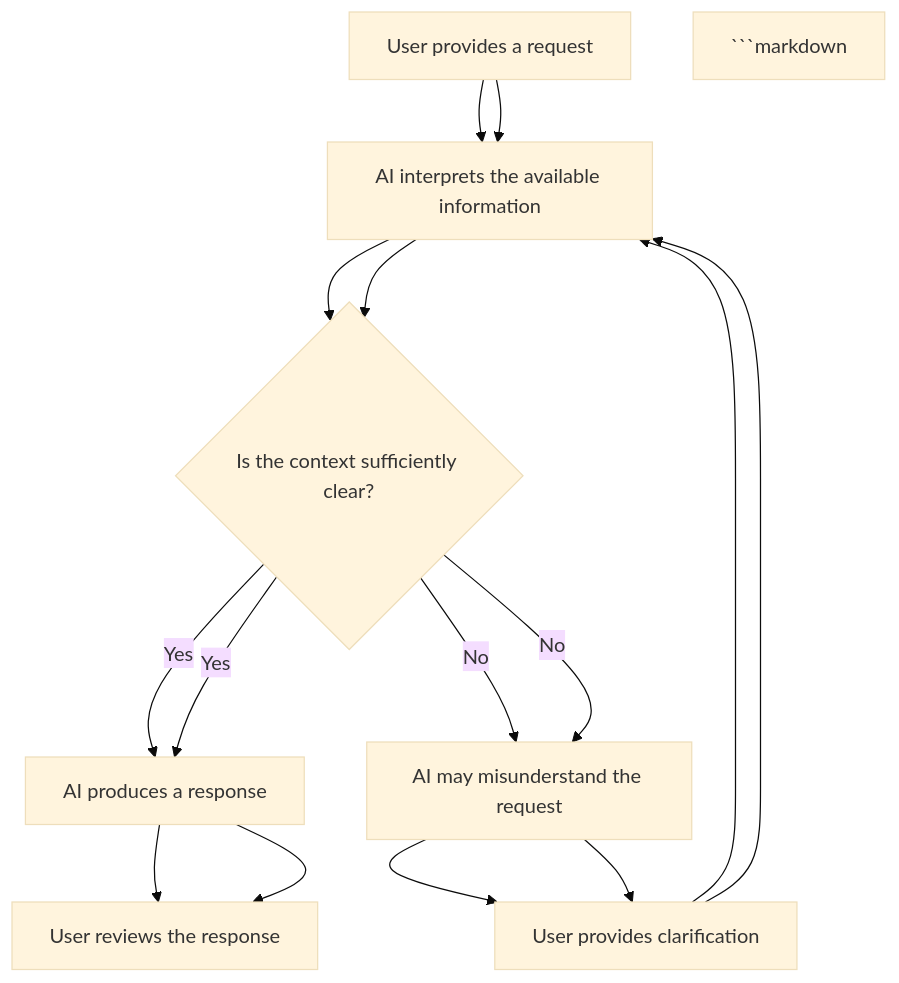
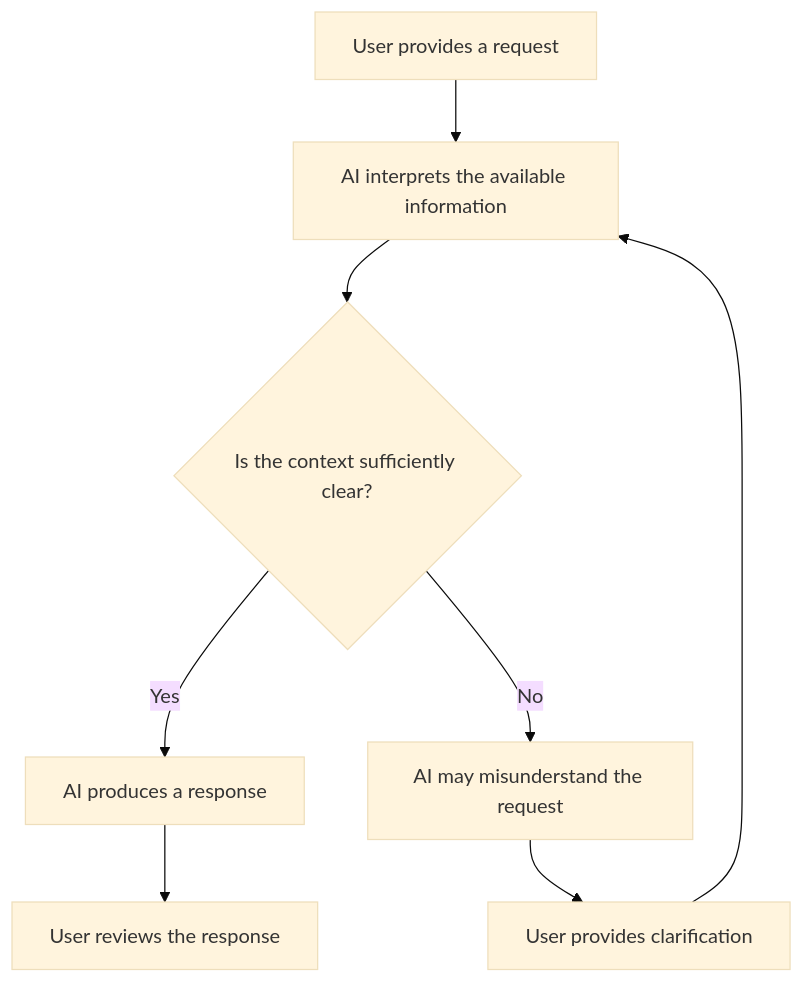
One commit to NicolausLionel/SLN changed the first of 4 diagrams in content/04_benefits-limitations-challenges.md. Above: the diagram before and after it, drawn with Mermaid (base theme). The commit also changed other lines of this file, not shown here.

````diff
--- a/content/04_benefits-limitations-challenges.md
+++ b/content/04_benefits-limitations-challenges.md
@@ -331,19 +362,10 @@
-```mermaid id="context01"
+```mermaid
 flowchart TD
     A[User provides a request] --> B[AI interprets the available information]
     B --> C{Is the context sufficiently clear?}
     C -->|Yes| D[AI produces a response]
     C -->|No| E[AI may misunderstand the request]
     E --> F[User provides clarification]
     F --> B
     D --> G[User reviews the response]
-
-```markdown
-   A[User provides a request] --> B[AI interprets the available information]
-   B --> C{Is the context sufficiently clear?}
-   C -->|Yes| D[AI produces a response]
-   C -->|No| E[AI may misunderstand the request]
-   E --> F[User provides clarification]
-   F --> B
-   D --> G[User reviews the response]
 ```
````
